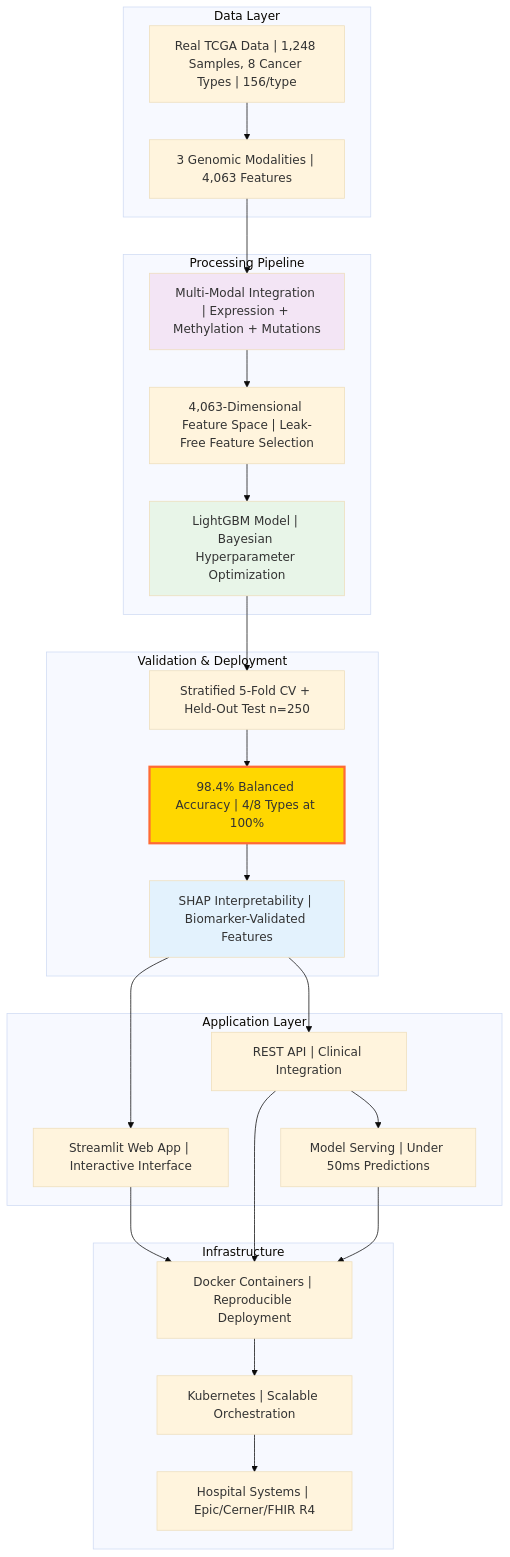
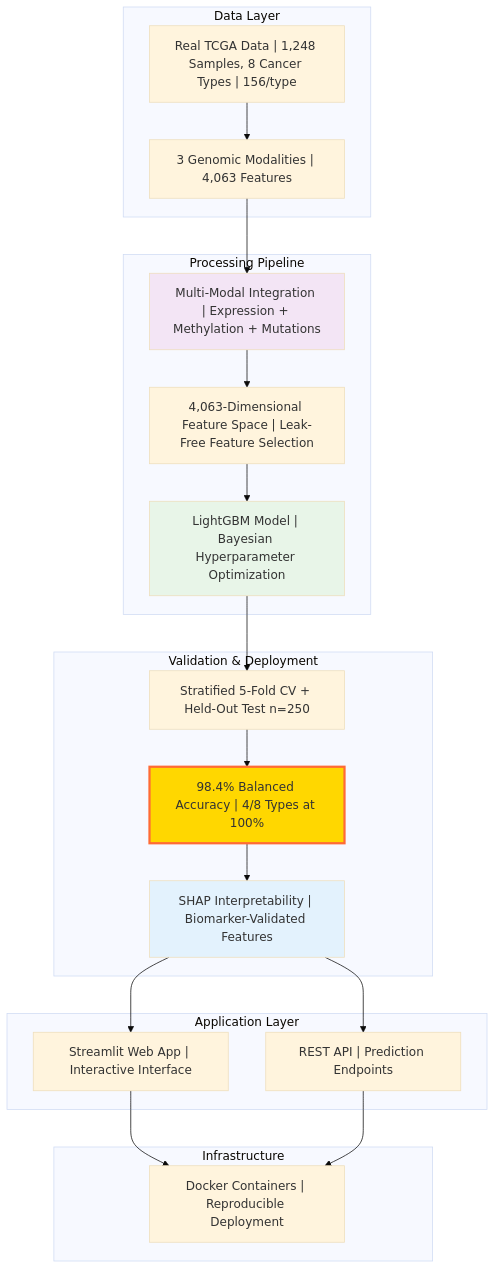
Before and after one commit to rstil2/cancer-alpha: the second of 2 diagrams in README.md, drawn with Mermaid (base theme). The commit also changed other lines of this file, not shown here.

````diff
--- a/README.md
+++ b/README.md
@@ -367,52 +325,45 @@
 ```mermaid
 flowchart TD
     subgraph Data_Layer["Data Layer"]
         A["Real TCGA Data | 1,248 Samples, 8 Cancer Types | 156/type"]
         B["3 Genomic Modalities | 4,063 Features"]
     end
 
     subgraph Processing_Pipeline["Processing Pipeline"]
         C["Multi-Modal Integration | Expression + Methylation + Mutations"]
         D["4,063-Dimensional Feature Space | Leak-Free Feature Selection"]
         E["LightGBM Model | Bayesian Hyperparameter Optimization"]
     end
 
     subgraph Validation["Validation & Deployment"]
         F["Stratified 5-Fold CV + Held-Out Test n=250"]
         G["98.4% Balanced Accuracy | 4/8 Types at 100%"]
         H["SHAP Interpretability | Biomarker-Validated Features"]
     end
 
     subgraph Application["Application Layer"]
         I["Streamlit Web App | Interactive Interface"]
-        J["REST API | Clinical Integration"]
-        K["Model Serving | Under 50ms Predictions"]
+        J["REST API | Prediction Endpoints"]
     end
 
     subgraph Infra["Infrastructure"]
         L["Docker Containers | Reproducible Deployment"]
-        M["Kubernetes | Scalable Orchestration"]
-        N["Hospital Systems | Epic/Cerner/FHIR R4"]
     end
 
     A --> B
     B --> C
     C --> D
     D --> E
     E --> F
     F --> G
     G --> H
     H --> I
     H --> J
-    J --> K
     I --> L
     J --> L
-    K --> L
-    L --> M
-    M --> N
 
     style G fill:#FFD700,stroke:#FF6B35,stroke-width:3px
     style E fill:#E8F5E8
     style C fill:#F3E5F5
     style H fill:#E3F2FD
 ```
````
